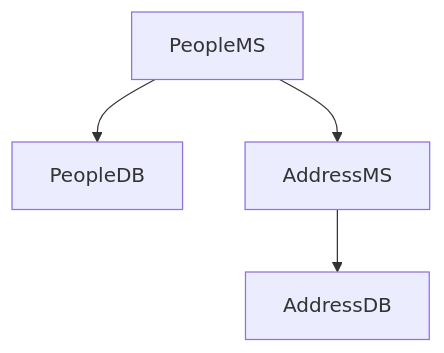
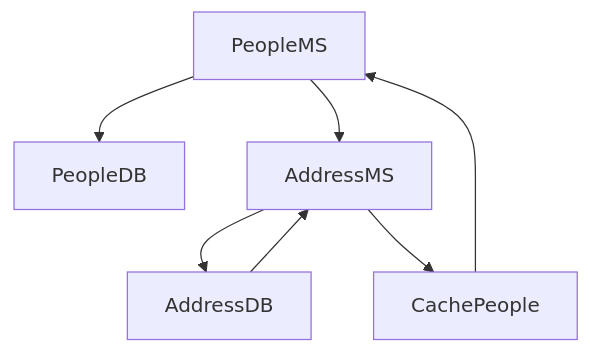
Before and after one commit to warleyvods/pessoa-microservice: the second of 2 diagrams in README.md, drawn with Mermaid.

````diff
--- a/README.md
+++ b/README.md
@@ -20,6 +20,9 @@
 ```mermaid
 graph TD;
     PeopleMS-->PeopleDB;
     PeopleMS-->AddressMS
     AddressMS-->AddressDB
+    AddressDB-->AddressMS
+    AddressMS-->CachePeople
+    CachePeople-->PeopleMS
 ```
````
